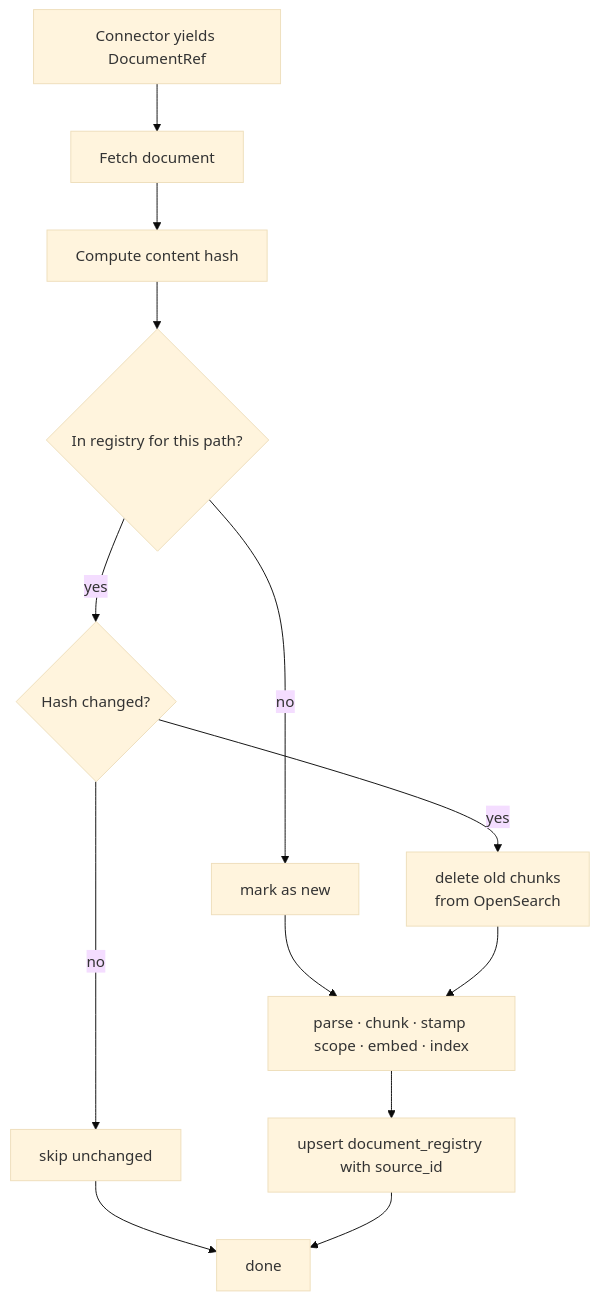
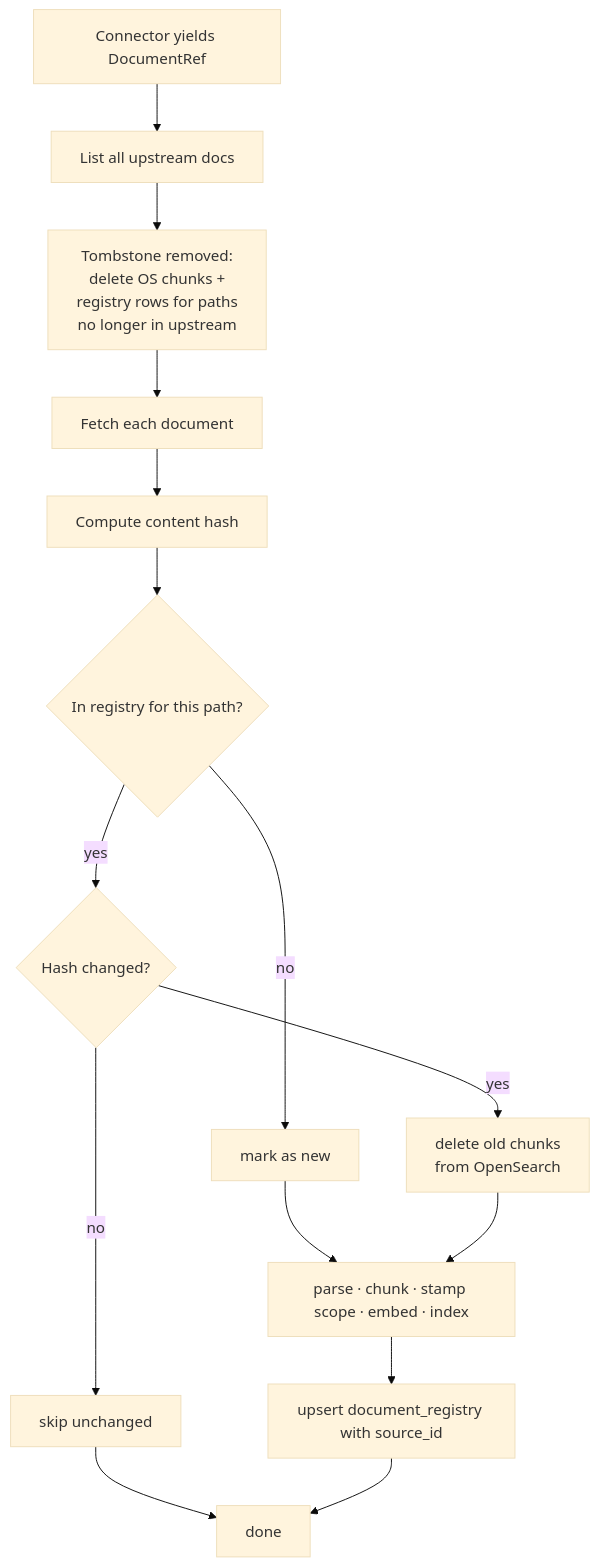
The third of 5 diagrams in docs/data-flow.md (gurungabit/prism), drawn with Mermaid (base theme) before and after one commit. The commit also changed other lines of this file and 14 other files, not shown here.

````diff
--- a/docs/data-flow.md
+++ b/docs/data-flow.md
@@ -129,15 +132,17 @@
 ```mermaid
 flowchart TD
-    START[Connector yields DocumentRef] --> FETCH[Fetch document]
+    START[Connector yields DocumentRef] --> LIST[List all upstream docs]
+    LIST --> TOMB[Tombstone removed:<br/>delete OS chunks +<br/>registry rows for paths<br/>no longer in upstream]
+    TOMB --> FETCH[Fetch each document]
     FETCH --> HASH[Compute content hash]
     HASH --> CHECK{In registry for this path?}
     CHECK -->|no| NEW[mark as new]
     CHECK -->|yes| COMPARE{Hash changed?}
     COMPARE -->|no| SKIP[skip unchanged]
     COMPARE -->|yes| UPDATE[delete old chunks<br/>from OpenSearch]
     NEW --> PROCESS[parse · chunk · stamp scope · embed · index]
     UPDATE --> PROCESS
     PROCESS --> REG[upsert document_registry with source_id]
     SKIP --> DONE[done]
     REG --> DONE
 ```
````
